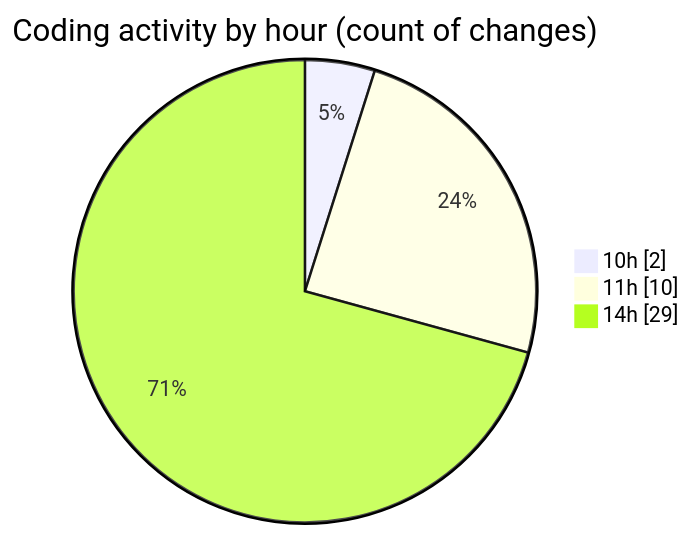
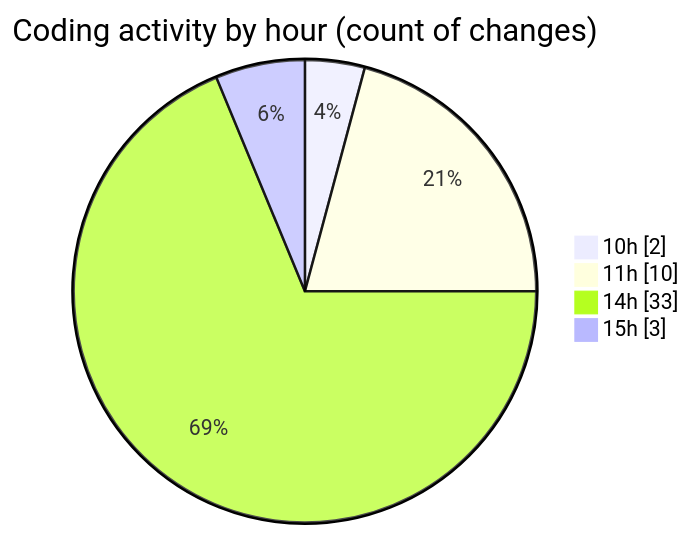
The second of 2 diagrams in 2025-06-02/studio-backend/README.md (idhammustaqopulfikri/code-tracking), drawn with Mermaid before and after one commit. The commit also changed other lines of this file and 1 other file, not shown here.

````diff
--- a/2025-06-02/studio-backend/README.md
+++ b/2025-06-02/studio-backend/README.md
@@ -40,7 +41,8 @@
 ```mermaid
 pie showData
 title Coding activity by hour (count of changes)
 "10h" : 2
 "11h" : 10
-"14h" : 29
+"14h" : 33
+"15h" : 3
 ```
````
